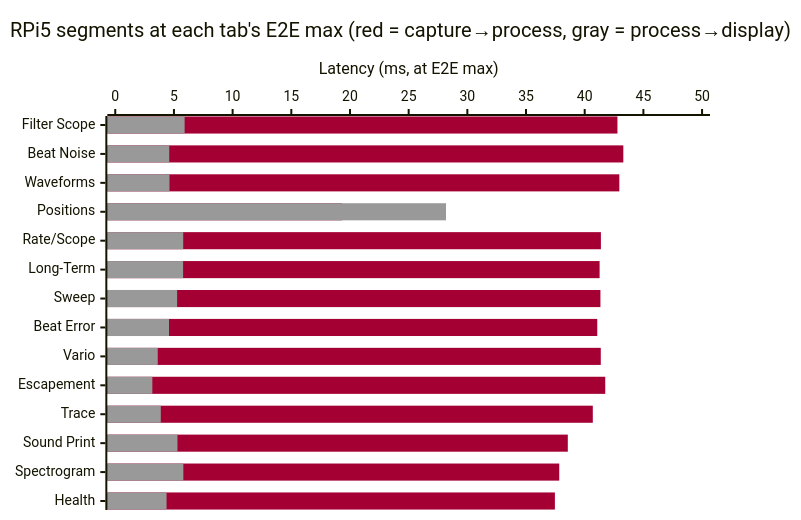
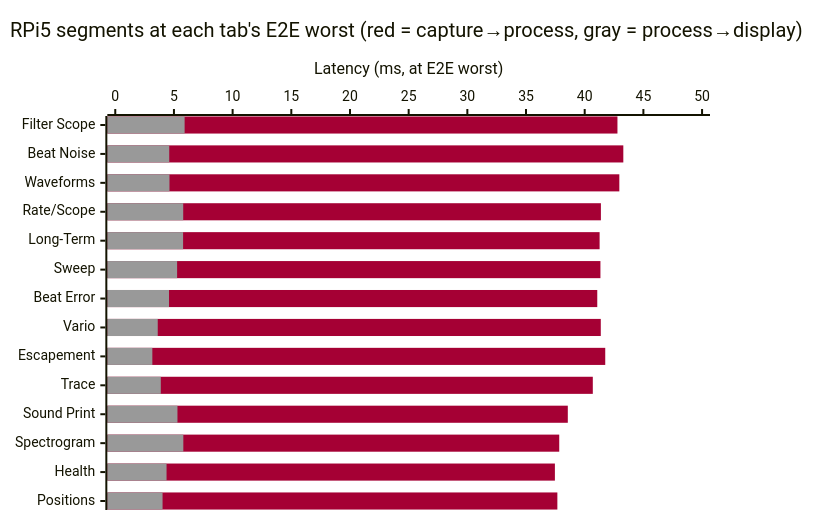
The fifth of 7 diagrams in Milestone/en/4-Planned-Experiments.md (lgcmu2026-team5/TimeGrapher-Docs), drawn with Mermaid before and after one commit. The commit also changed other lines of this file and 1 other file, not shown here.

Commit message:
docs: adjust Positions benchmark row

````diff
--- a/Milestone/en/4-Planned-Experiments.md
+++ b/Milestone/en/4-Planned-Experiments.md
@@ -201,9 +201,9 @@
 ```mermaid
 %%{init: {"themeVariables": {"xyChart": {"plotColorPalette": "#A50034, #999999"}}}}%%
 xychart-beta horizontal
-    title "RPi5 segments at each tab's E2E max (red = capture→process, gray = process→display)"
-    x-axis ["Filter Scope", "Beat Noise", "Waveforms", "Positions", "Rate/Scope", "Long-Term", "Sweep", "Beat Error", "Vario", "Escapement", "Trace", "Sound Print", "Spectrogram", "Health"]
-    y-axis "Latency (ms, at E2E max)" 0 --> 50
-    bar [42.79, 43.29, 42.95, 19.33, 41.38, 41.27, 41.34, 41.07, 41.37, 41.75, 40.69, 38.56, 37.83, 37.46]
-    bar [5.91, 4.60, 4.62, 28.18, 5.79, 5.78, 5.27, 4.58, 3.62, 3.16, 3.88, 5.30, 5.80, 4.37]
+    title "RPi5 segments at each tab's E2E worst (red = capture→process, gray = process→display)"
+    x-axis ["Filter Scope", "Beat Noise", "Waveforms", "Rate/Scope", "Long-Term", "Sweep", "Beat Error", "Vario", "Escapement", "Trace", "Sound Print", "Spectrogram", "Health", "Positions"]
+    y-axis "Latency (ms, at E2E worst)" 0 --> 50
+    bar [42.79, 43.29, 42.95, 41.38, 41.27, 41.34, 41.07, 41.37, 41.75, 40.69, 38.56, 37.83, 37.46, 37.67]
+    bar [5.91, 4.60, 4.62, 5.79, 5.78, 5.27, 4.58, 3.62, 3.16, 3.88, 5.30, 5.80, 4.37, 4.03]
 ```
````
